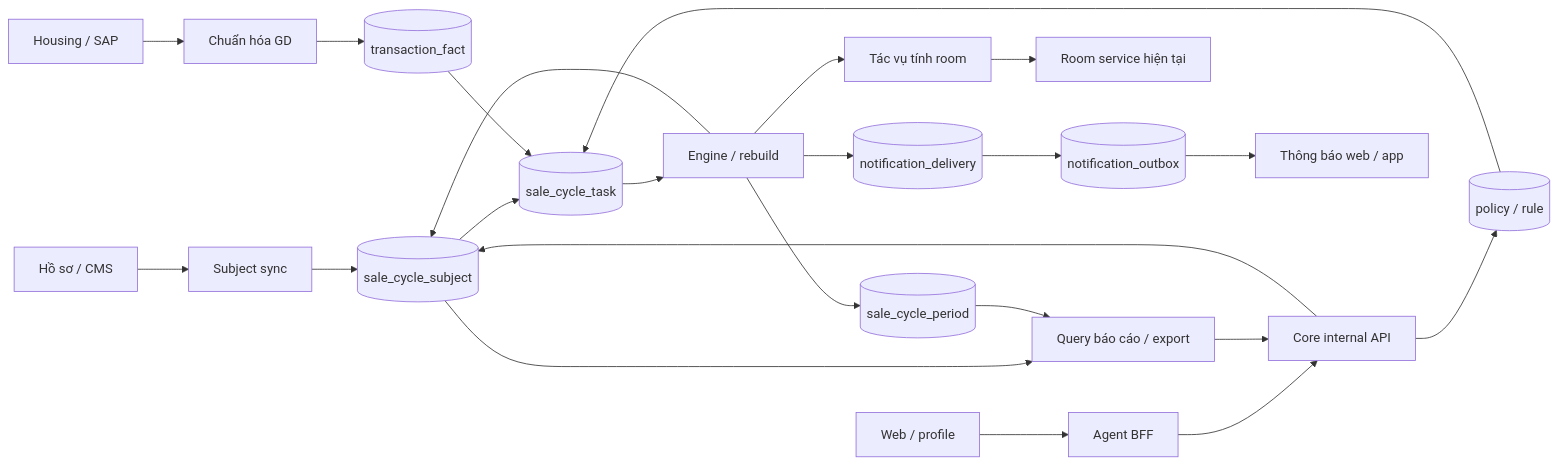
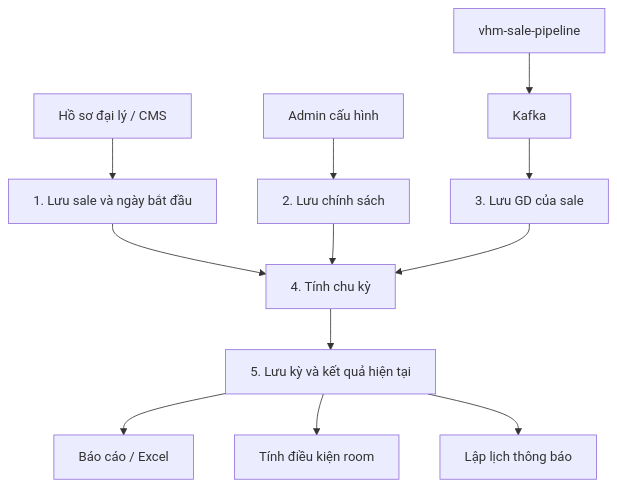
Before and after one commit to huynv-xyz/vhm: the first of 2 diagrams in BDSKD-9533-thiet-ke-ky-thuat.md, drawn with Mermaid. The commit also changed other lines of this file, not shown here.

````diff
--- a/BDSKD-9533-thiet-ke-ky-thuat.md
+++ b/BDSKD-9533-thiet-ke-ky-thuat.md
@@ -120,25 +13,14 @@
 ```mermaid
-flowchart LR
-  Profile[Hồ sơ / CMS] --> Sync[Subject sync]
-  Sync --> Subject[(sale_cycle_subject)]
-  UI[Web / profile] --> BFF[Agent BFF]
-  BFF --> API[Core internal API]
-  API --> Subject
-  API --> Policy[(policy / rule)]
-  Housing[Housing / SAP] --> Adapter[Chuẩn hóa GD]
-  Adapter --> Fact[(transaction_fact)]
-  Subject --> Task[(sale_cycle_task)]
-  Policy --> Task
-  Fact --> Task
-  Task --> Engine[Engine / rebuild]
-  Engine --> Period[(sale_cycle_period)]
-  Engine --> Subject
-  Engine --> Delivery[(notification_delivery)]
-  Engine --> RoomTask[Tác vụ tính room]
-  RoomTask --> Room[Room service hiện tại]
-  Delivery --> Outbox[(notification_outbox)]
-  Outbox --> Provider[Thông báo web / app]
-  Subject --> Report[Query báo cáo / export]
-  Period --> Report
-  Report --> API
+flowchart TD
+  Profile[Hồ sơ đại lý / CMS] --> Subject[1. Lưu sale và ngày bắt đầu]
+  Config[Admin cấu hình] --> Policy[2. Lưu chính sách]
+  Pipeline[vhm-sale-pipeline] --> Kafka[Kafka]
+  Kafka --> Fact[3. Lưu GD của sale]
+  Subject --> Engine[4. Tính chu kỳ]
+  Policy --> Engine
+  Fact --> Engine
+  Engine --> Period[5. Lưu kỳ và kết quả hiện tại]
+  Period --> Report[Báo cáo / Excel]
+  Period --> Room[Tính điều kiện room]
+  Period --> Notification[Lập lịch thông báo]
 ```
````
